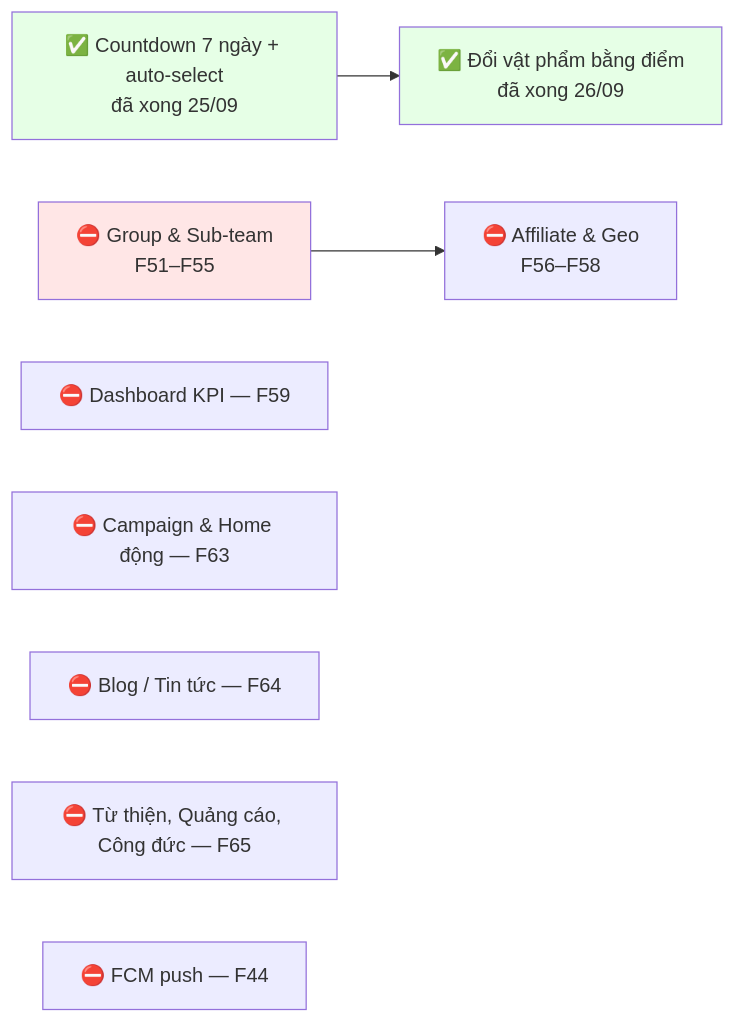
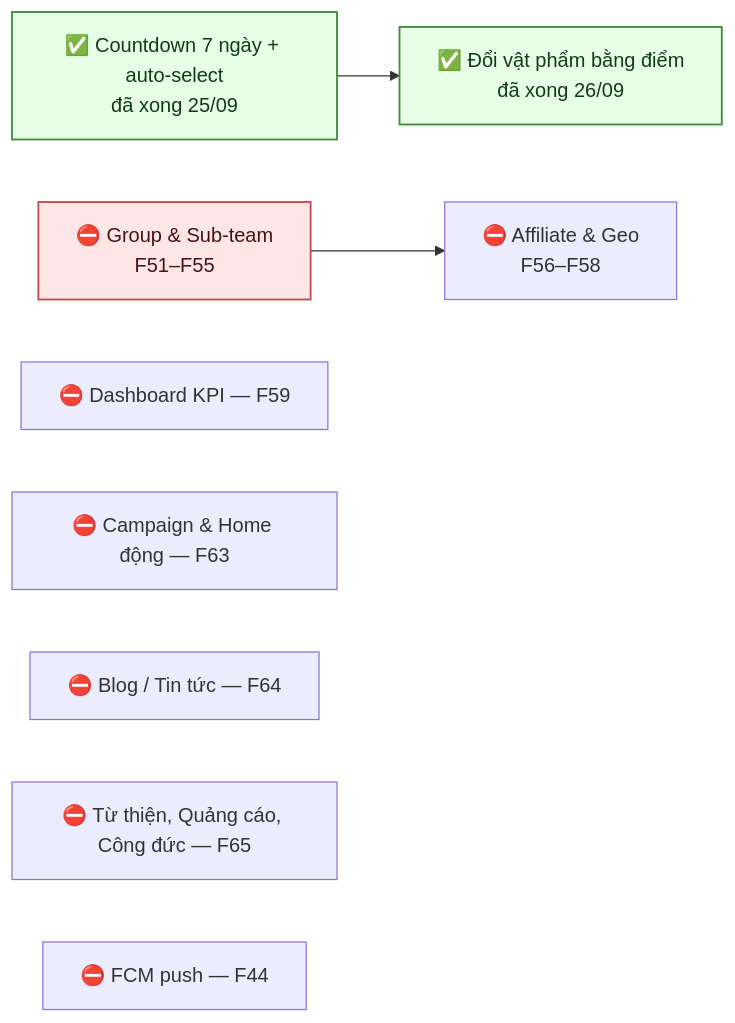
The diagram in docs/diagram/21-open-issues.md (fdshn/trueheart), drawn with Mermaid before and after one commit. The commit also changed 30 other files, not shown here.

First line of the commit message:
docs(diagram): chữ trong khối tô màu đọc được ở cả giao diện sáng và tối

````diff
--- a/docs/diagram/21-open-issues.md
+++ b/docs/diagram/21-open-issues.md
@@ -96,14 +96,14 @@
 ```mermaid
 flowchart LR
     A["✅ Countdown 7 ngày + auto-select<br/>đã xong 25/09"] --> B["✅ Đổi vật phẩm bằng điểm<br/>đã xong 26/09"]
     C["⛔ Group & Sub-team<br/>F51–F55"] --> D["⛔ Affiliate & Geo<br/>F56–F58"]
     E["⛔ Dashboard KPI — F59"]
     F["⛔ Campaign & Home động — F63"]
     G["⛔ Blog / Tin tức — F64"]
     H["⛔ Từ thiện, Quảng cáo, Công đức — F65"]
     I["⛔ FCM push — F44"]
 
-    style A fill:#e6ffe6
-    style B fill:#e6ffe6
-    style C fill:#ffe6e6
+    style A fill:#e6ffe6,stroke:#3f8f3f,stroke-width:1.5px,color:#0f3d12
+    style B fill:#e6ffe6,stroke:#3f8f3f,stroke-width:1.5px,color:#0f3d12
+    style C fill:#ffe6e6,stroke:#c0504d,stroke-width:1.5px,color:#4a1210
 ```
````
